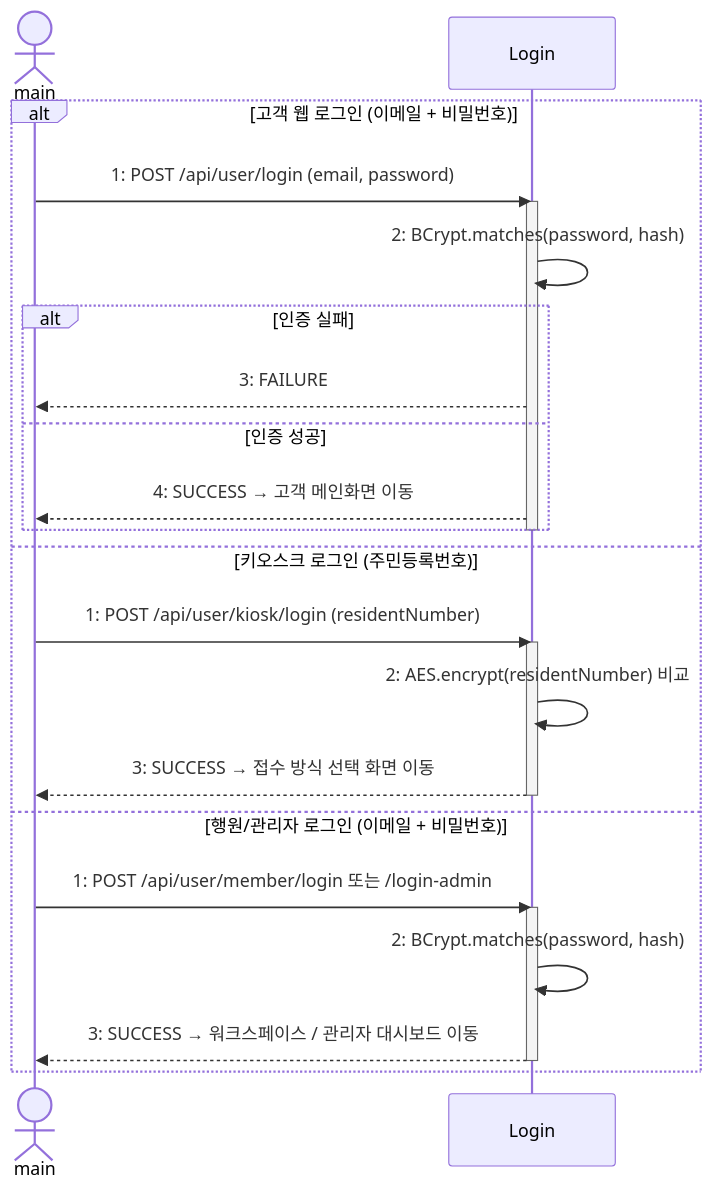
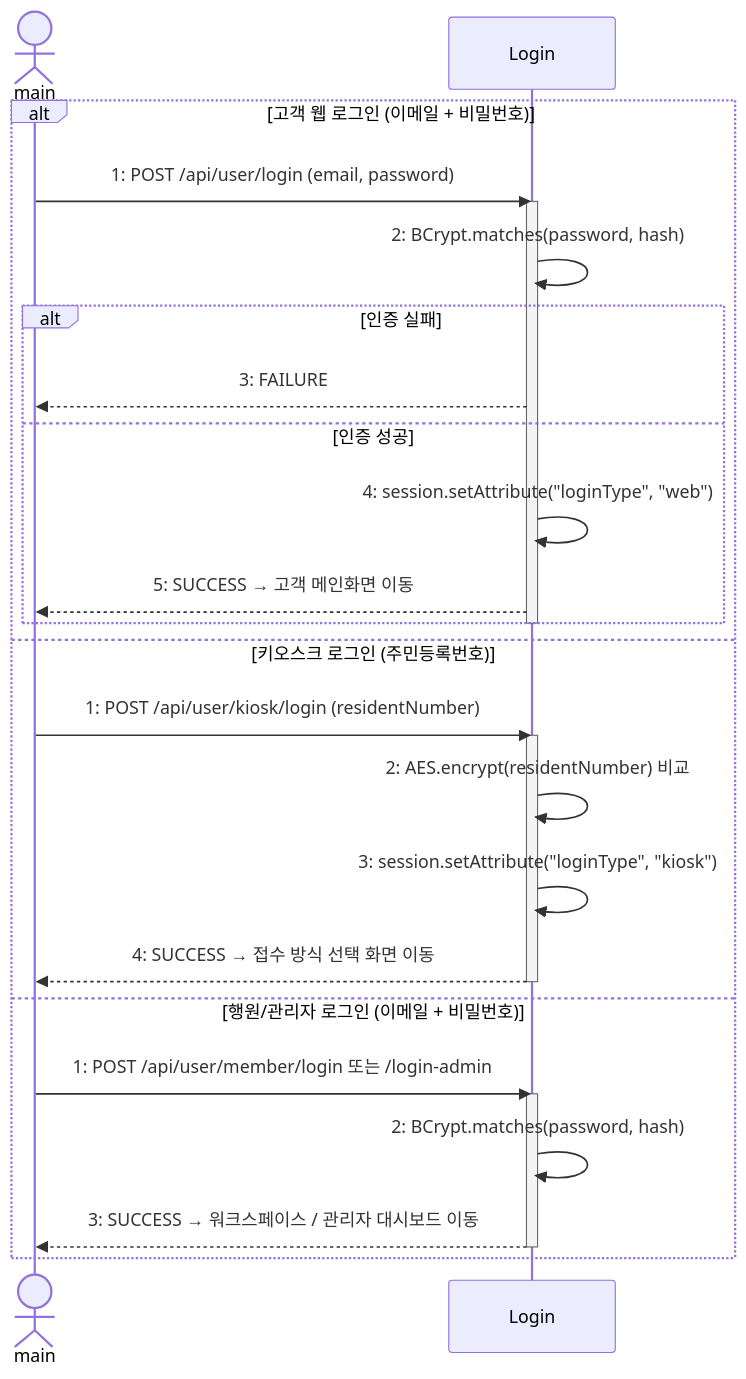
The third of 11 diagrams in Design_[21622137_최재영].md (silversky621/BankScope), drawn with Mermaid before and after one commit. The commit also changed other lines of this file and 2 other files, not shown here.

Commit message:
docs: 채널별 세션 타입(loginType) 분리 설계 반영
- Conceptualization: CoO #1 로그인 Approach/Goals에 web/kiosk loginType 분리 추가
- Analysis: Use Case #2 Step4·Success Post Condition, Domain Analysis #3 Login 갱신
- Design: Important Points에 채널 분리 원칙 추가, 로그인 시퀀스에 loginType 저장 단계 추가

````diff
--- a/Design_[21622137_최재영].md
+++ b/Design_[21622137_최재영].md
@@ -355,29 +357,31 @@
 ```mermaid
 sequenceDiagram
     actor main
     participant Login
 
     alt 고객 웹 로그인 (이메일 + 비밀번호)
         main->>Login: 1: POST /api/user/login (email, password)
         activate Login
         Login->>Login: 2: BCrypt.matches(password, hash)
         alt 인증 실패
             Login-->>main: 3: FAILURE
         else 인증 성공
-            Login-->>main: 4: SUCCESS → 고객 메인화면 이동
+            Login->>Login: 4: session.setAttribute("loginType", "web")
+            Login-->>main: 5: SUCCESS → 고객 메인화면 이동
         end
         deactivate Login
     else 키오스크 로그인 (주민등록번호)
         main->>Login: 1: POST /api/user/kiosk/login (residentNumber)
         activate Login
         Login->>Login: 2: AES.encrypt(residentNumber) 비교
-        Login-->>main: 3: SUCCESS → 접수 방식 선택 화면 이동
+        Login->>Login: 3: session.setAttribute("loginType", "kiosk")
+        Login-->>main: 4: SUCCESS → 접수 방식 선택 화면 이동
         deactivate Login
     else 행원/관리자 로그인 (이메일 + 비밀번호)
         main->>Login: 1: POST /api/user/member/login 또는 /login-admin
         activate Login
         Login->>Login: 2: BCrypt.matches(password, hash)
         Login-->>main: 3: SUCCESS → 워크스페이스 / 관리자 대시보드 이동
         deactivate Login
     end
 ```
````
